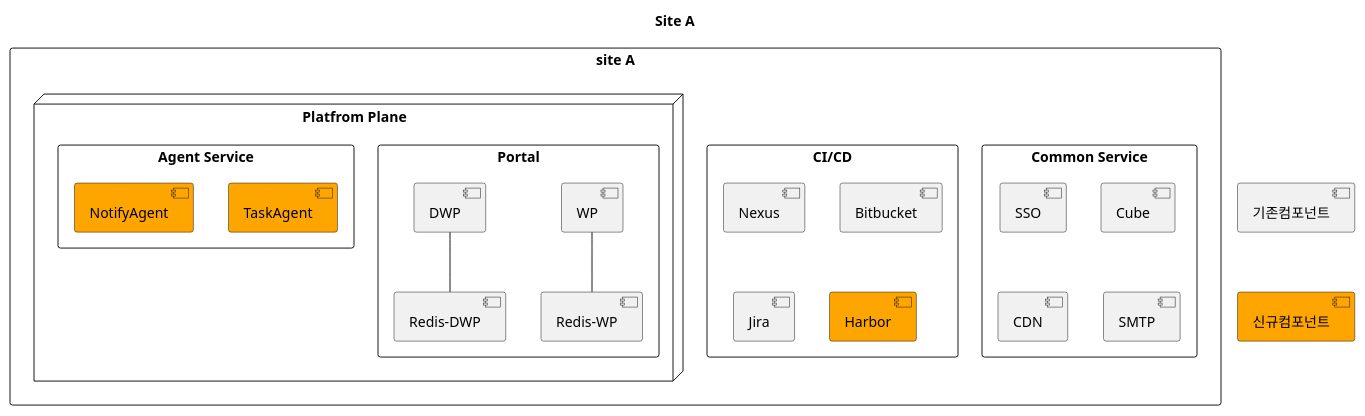
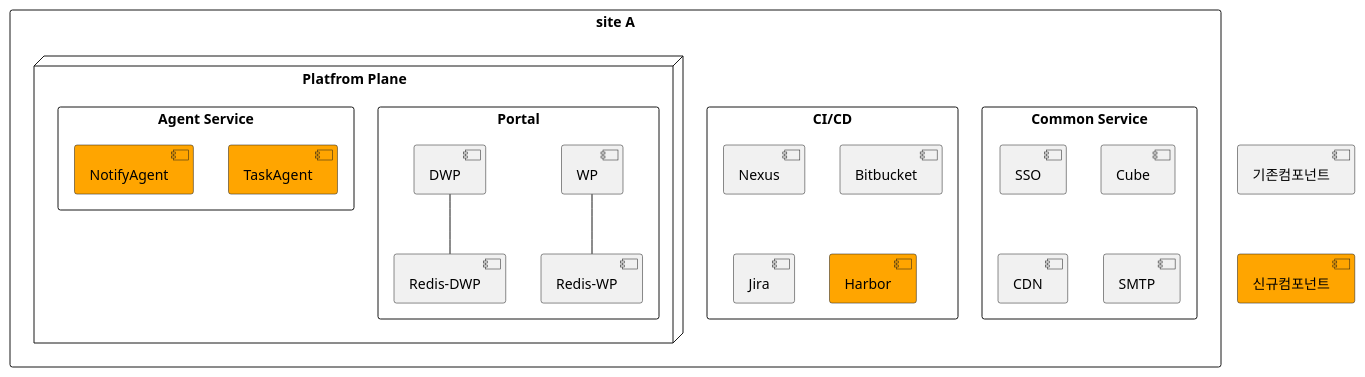
The first of 11 diagrams in docs/src/multi-cloud/diagram.md (kloudbank/htdp1.github.io), drawn with PlantUML before and after one commit. The commit also changed other lines of this file, not shown here.

Commit message:
modify diagram 1014

```diff
--- a/docs/src/multi-cloud/diagram.md
+++ b/docs/src/multi-cloud/diagram.md
@@ -17,38 +17,36 @@
 @startuml
-
-title "Site A"
 
 [기존컴포넌트] as old
 [신규컴포넌트] as new #orange
 old -[hidden]d-> new
 
 rectangle "site A" as a {
     rectangle "Common Service" as a_comm {
         [SSO] as a_comm_sso
         [Cube] as a_comm_cube
         [CDN] as a_comm_cnd
         [SMTP] as a_comm_smtp
     }
     rectangle "CI/CD" as hcp_cicd {
         [Nexus] as hcp_cicd_nexus
         [Bitbucket] as hcp_cicd_bitbucket
         [Jira] as hcp_cicd_jira
         [Harbor] as hcp_cicd_harbor #orange
     }
     node "Platfrom Plane" as hcp {
         rectangle "Portal" as hcp_portal {
             [WP] as hcp_portal_wp
             [DWP] as hcp_portal_dwp
             [Redis-WP] as hcp_portal_rediswp
             [Redis-DWP] as hcp_portal_redisdwp
             hcp_portal_wp -- hcp_portal_rediswp
             hcp_portal_dwp -- hcp_portal_redisdwp
         }
         rectangle "Agent Service" as hcp_agent {
             [TaskAgent] as hcp_agent_taskagent #orange
             [NotifyAgent] as hcp_agent_notifyagent #orange
         }
     }
 }
 
 @enduml
```
